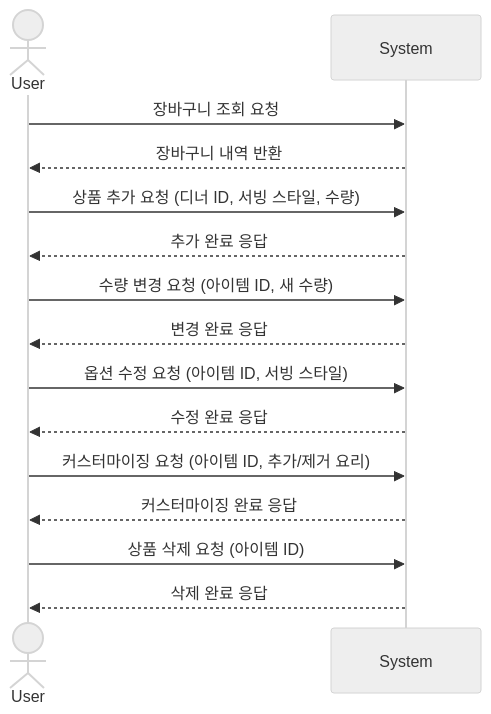
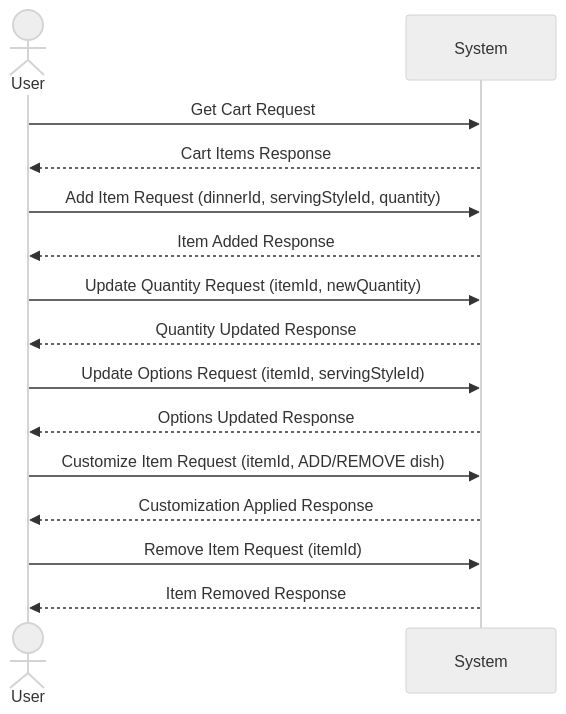
The fourth of 11 diagrams in docs/system-sequence-diagrams.md (Ddogan-zip/ddoganzip-backend), drawn with Mermaid (neutral theme) before and after one commit. The commit also changed other lines of this file, not shown here.

First line of the commit message:
Update sequence diagram messages to English

````diff
--- a/docs/system-sequence-diagrams.md
+++ b/docs/system-sequence-diagrams.md
@@ -41,23 +41,23 @@
 ```mermaid
 sequenceDiagram
     actor User
     participant System
 
-    User->>System: 장바구니 조회 요청
-    System-->>User: 장바구니 내역 반환
+    User->>System: Get Cart Request
+    System-->>User: Cart Items Response
 
-    User->>System: 상품 추가 요청 (디너 ID, 서빙 스타일, 수량)
-    System-->>User: 추가 완료 응답
+    User->>System: Add Item Request (dinnerId, servingStyleId, quantity)
+    System-->>User: Item Added Response
 
-    User->>System: 수량 변경 요청 (아이템 ID, 새 수량)
-    System-->>User: 변경 완료 응답
+    User->>System: Update Quantity Request (itemId, newQuantity)
+    System-->>User: Quantity Updated Response
 
-    User->>System: 옵션 수정 요청 (아이템 ID, 서빙 스타일)
-    System-->>User: 수정 완료 응답
+    User->>System: Update Options Request (itemId, servingStyleId)
+    System-->>User: Options Updated Response
 
-    User->>System: 커스터마이징 요청 (아이템 ID, 추가/제거 요리)
-    System-->>User: 커스터마이징 완료 응답
+    User->>System: Customize Item Request (itemId, ADD/REMOVE dish)
+    System-->>User: Customization Applied Response
 
-    User->>System: 상품 삭제 요청 (아이템 ID)
-    System-->>User: 삭제 완료 응답
+    User->>System: Remove Item Request (itemId)
+    System-->>User: Item Removed Response
 ```
````
